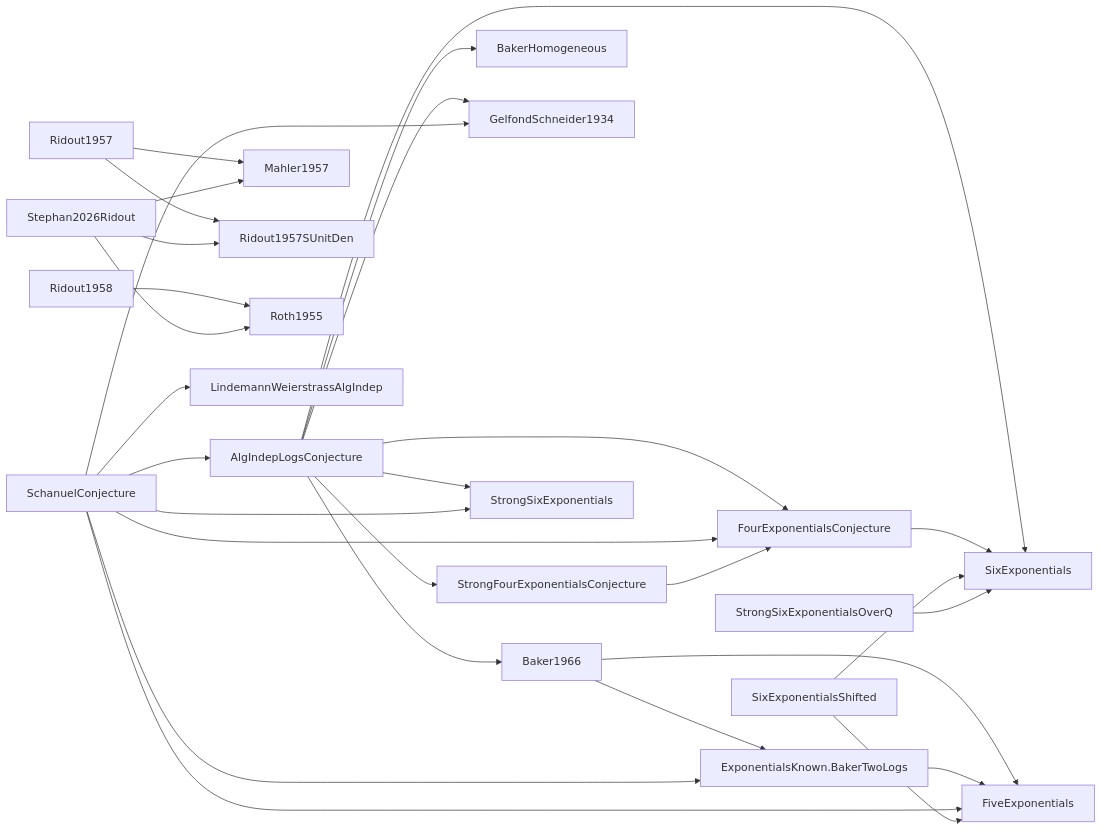
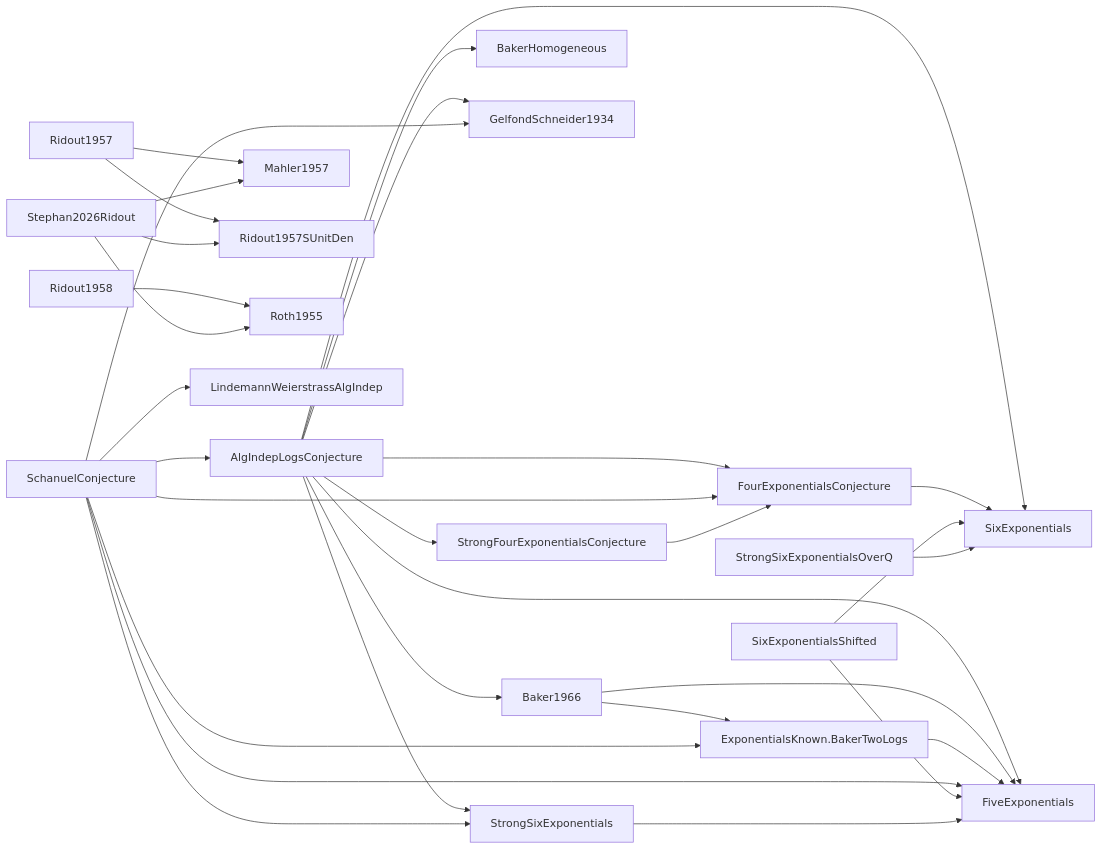
Before and after one commit to gotrevor/lean-formalizations: the diagram in FACT-GRAPH.md, drawn with Mermaid. The commit also changed other lines of this file and 2 other files, not shown here.

First paragraph of the commit message:
restore a live route: Conj 1 ⇒ FiveExponentials
Addendum 3 refuted SixExponentialsShifted and thereby killed the repo's only
route to FiveExponentials.  This restores one, bypassing the false Prop
entirely.

````diff
--- a/FACT-GRAPH.md
+++ b/FACT-GRAPH.md
@@ -10,31 +10,33 @@
 ```mermaid
 graph LR
   n0["AlgIndepLogsConjecture"] --> n1["Baker1966"]
   n0["AlgIndepLogsConjecture"] --> n2["BakerHomogeneous"]
-  n0["AlgIndepLogsConjecture"] --> n3["FourExponentialsConjecture"]
-  n0["AlgIndepLogsConjecture"] --> n4["GelfondSchneider1934"]
-  n0["AlgIndepLogsConjecture"] --> n5["SixExponentials"]
-  n0["AlgIndepLogsConjecture"] --> n6["StrongFourExponentialsConjecture"]
-  n0["AlgIndepLogsConjecture"] --> n7["StrongSixExponentials"]
-  n1["Baker1966"] --> n8["ExponentialsKnown.BakerTwoLogs"]
-  n1["Baker1966"] --> n9["FiveExponentials"]
-  n8["ExponentialsKnown.BakerTwoLogs"] --> n9["FiveExponentials"]
-  n3["FourExponentialsConjecture"] --> n5["SixExponentials"]
+  n0["AlgIndepLogsConjecture"] --> n3["FiveExponentials"]
+  n0["AlgIndepLogsConjecture"] --> n4["FourExponentialsConjecture"]
+  n0["AlgIndepLogsConjecture"] --> n5["GelfondSchneider1934"]
+  n0["AlgIndepLogsConjecture"] --> n6["SixExponentials"]
+  n0["AlgIndepLogsConjecture"] --> n7["StrongFourExponentialsConjecture"]
+  n0["AlgIndepLogsConjecture"] --> n8["StrongSixExponentials"]
+  n1["Baker1966"] --> n9["ExponentialsKnown.BakerTwoLogs"]
+  n1["Baker1966"] --> n3["FiveExponentials"]
+  n9["ExponentialsKnown.BakerTwoLogs"] --> n3["FiveExponentials"]
+  n4["FourExponentialsConjecture"] --> n6["SixExponentials"]
   n10["Ridout1957"] --> n11["Mahler1957"]
   n10["Ridout1957"] --> n12["Ridout1957SUnitDen"]
   n13["Ridout1958"] --> n14["Roth1955"]
   n15["SchanuelConjecture"] --> n0["AlgIndepLogsConjecture"]
-  n15["SchanuelConjecture"] --> n8["ExponentialsKnown.BakerTwoLogs"]
-  n15["SchanuelConjecture"] --> n9["FiveExponentials"]
-  n15["SchanuelConjecture"] --> n3["FourExponentialsConjecture"]
-  n15["SchanuelConjecture"] --> n4["GelfondSchneider1934"]
+  n15["SchanuelConjecture"] --> n9["ExponentialsKnown.BakerTwoLogs"]
+  n15["SchanuelConjecture"] --> n3["FiveExponentials"]
+  n15["SchanuelConjecture"] --> n4["FourExponentialsConjecture"]
+  n15["SchanuelConjecture"] --> n5["GelfondSchneider1934"]
   n15["SchanuelConjecture"] --> n16["LindemannWeierstrassAlgIndep"]
-  n15["SchanuelConjecture"] --> n7["StrongSixExponentials"]
-  n17["SixExponentialsShifted"] --> n9["FiveExponentials"]
-  n17["SixExponentialsShifted"] --> n5["SixExponentials"]
+  n15["SchanuelConjecture"] --> n8["StrongSixExponentials"]
+  n17["SixExponentialsShifted"] --> n3["FiveExponentials"]
+  n17["SixExponentialsShifted"] --> n6["SixExponentials"]
   n18["Stephan2026Ridout"] --> n11["Mahler1957"]
   n18["Stephan2026Ridout"] --> n12["Ridout1957SUnitDen"]
   n18["Stephan2026Ridout"] --> n14["Roth1955"]
-  n6["StrongFourExponentialsConjecture"] --> n3["FourExponentialsConjecture"]
-  n19["StrongSixExponentialsOverQ"] --> n5["SixExponentials"]
+  n7["StrongFourExponentialsConjecture"] --> n4["FourExponentialsConjecture"]
+  n8["StrongSixExponentials"] --> n3["FiveExponentials"]
+  n19["StrongSixExponentialsOverQ"] --> n6["SixExponentials"]
 ```
````
